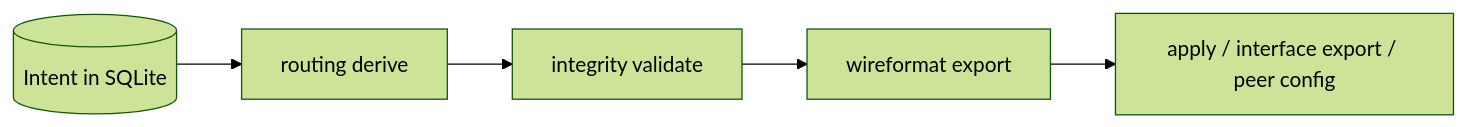
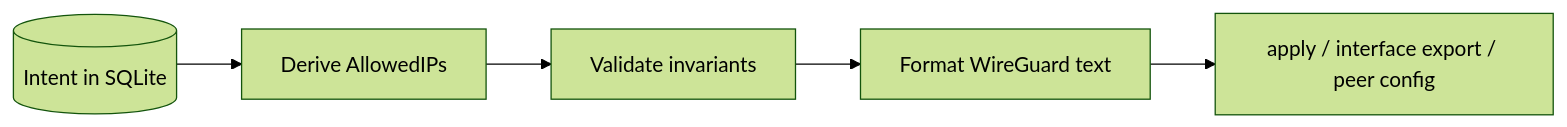
One commit to aleaz/wgpl changed the first of 3 diagrams in README.md. Above: the diagram before and after it, drawn with Mermaid (forest theme). The commit also changed other lines of this file, not shown here.

Commit message:
docs(readme): editorial polish for flow and discoverability

````diff
--- a/README.md
+++ b/README.md
@@ -64,10 +73,10 @@
 ```mermaid
 flowchart LR
   IntentDB[(Intent in SQLite)]
-  RoutingEngine[routing derive]
-  IntegrityGates[integrity validate]
-  WireGuardExport[wireformat export]
+  DeriveAllowedIPs[Derive AllowedIPs]
+  ValidateInvariants[Validate invariants]
+  FormatWireGuard[Format WireGuard text]
   ApplyPaths["apply / interface export / peer config"]
 
-  IntentDB --> RoutingEngine --> IntegrityGates --> WireGuardExport --> ApplyPaths
+  IntentDB --> DeriveAllowedIPs --> ValidateInvariants --> FormatWireGuard --> ApplyPaths
 ```
````
